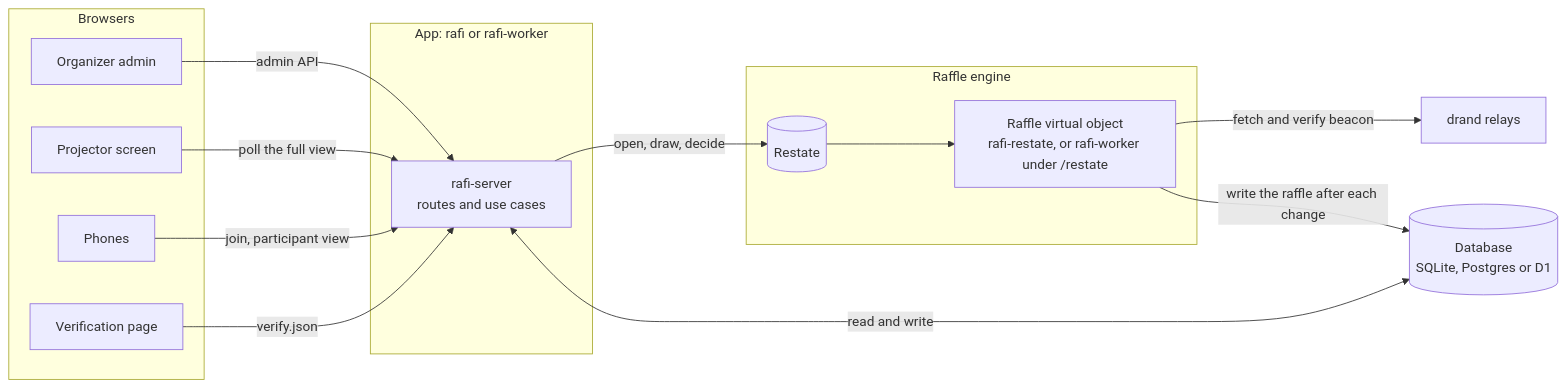
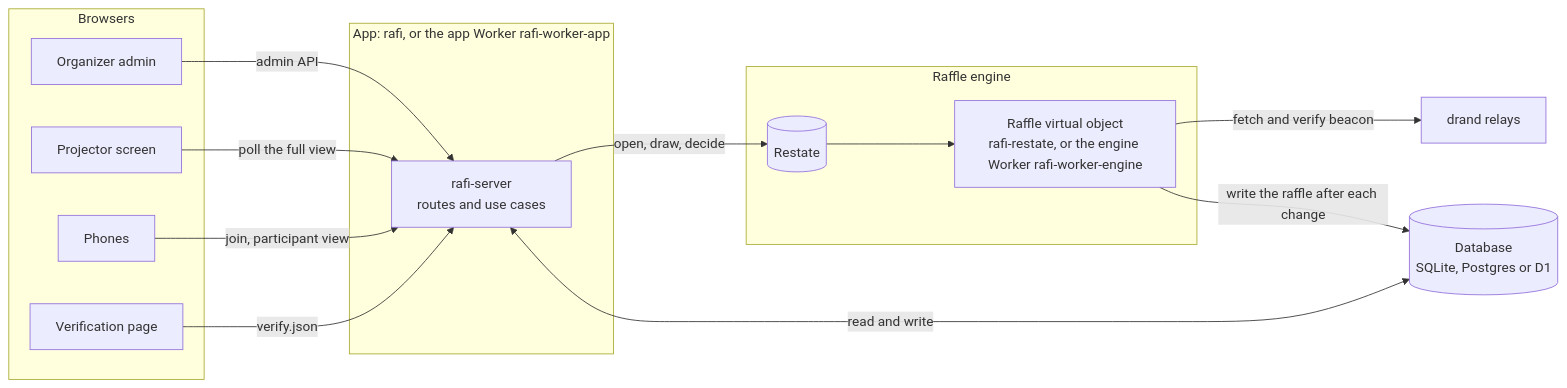
Before and after one commit to sagikazarmark/rafi.orig: the first of 4 diagrams in docs/explanation/architecture.md, drawn with Mermaid. The commit also changed other lines of this file and 18 other files, not shown here.

````diff
--- a/docs/explanation/architecture.md
+++ b/docs/explanation/architecture.md
@@ -18,32 +18,32 @@
 ```mermaid
 flowchart LR
     subgraph clients [Browsers]
         admin[Organizer admin]
         screen[Projector screen]
         phone[Phones]
         verify[Verification page]
     end
 
-    subgraph app [App: rafi or rafi-worker]
+    subgraph app [App: rafi, or the app Worker rafi-worker-app]
         server[rafi-server<br/>routes and use cases]
     end
 
     subgraph engine [Raffle engine]
         restate[(Restate)]
-        raffle[Raffle virtual object<br/>rafi-restate, or rafi-worker under /restate]
+        raffle[Raffle virtual object<br/>rafi-restate, or the engine Worker rafi-worker-engine]
     end
 
     db[(Database<br/>SQLite, Postgres or D1)]
     drand[drand relays]
 
     admin -->|admin API| server
     screen -->|poll the full view| server
     phone -->|join, participant view| server
     verify -->|verify.json| server
 
     server -->|open, draw, decide| restate
     restate --> raffle
     raffle -->|fetch and verify beacon| drand
     raffle -->|write the raffle after each change| db
     server <-->|read and write| db
 ```
````
